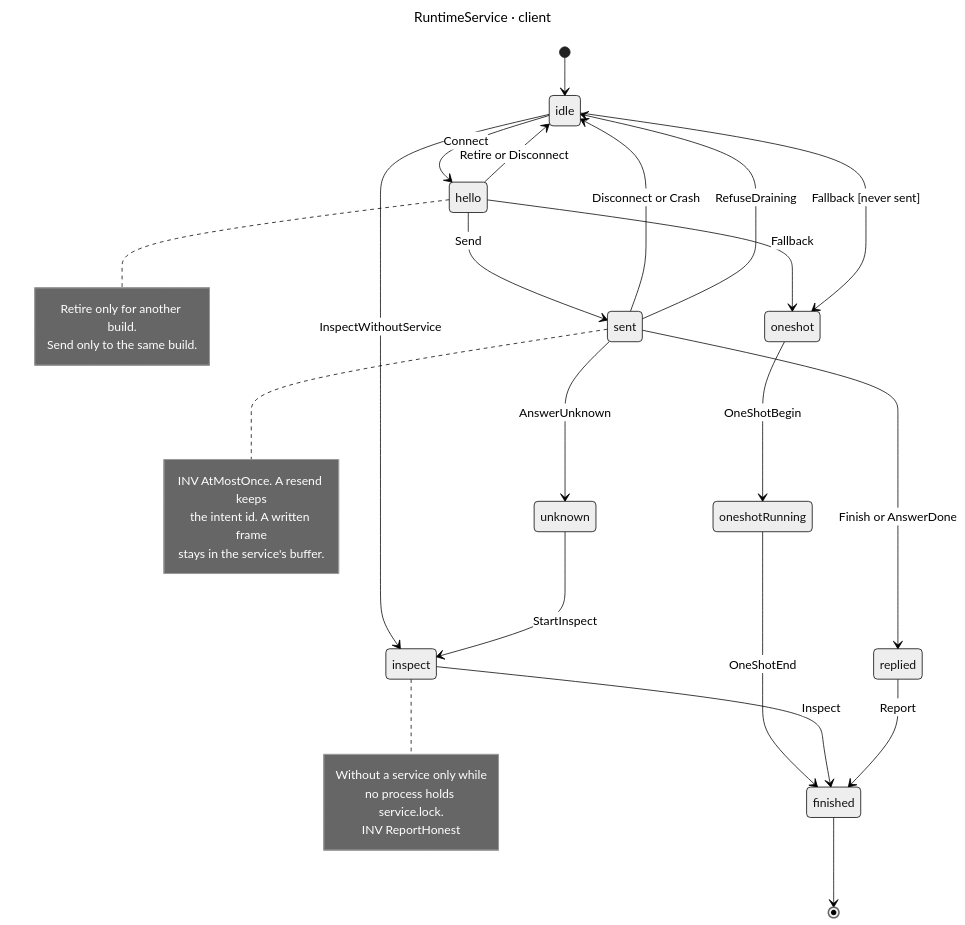
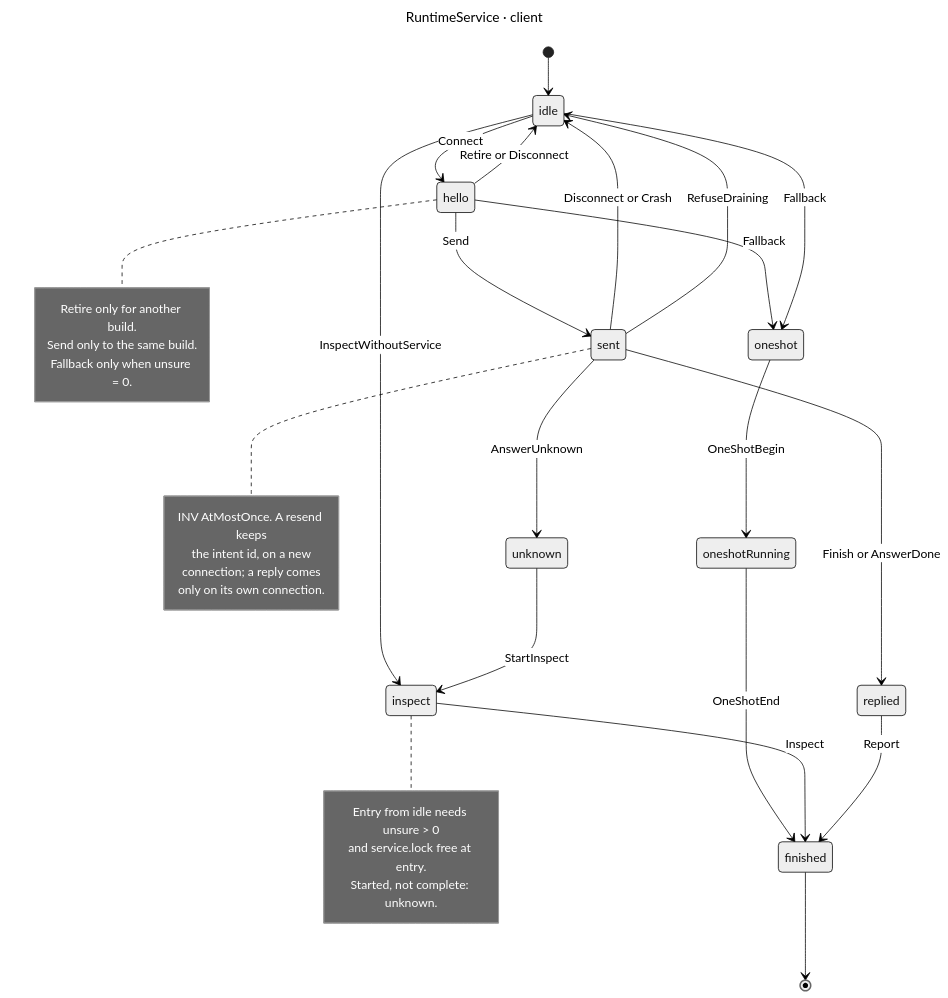
One commit to hack-dance/hack changed the diagram in docs/diagrams/runtime-service-client.mmd. Above: the diagram before and after it, drawn with Mermaid (neutral theme). The commit also changed 20 other files, not shown here.

First line of the commit message:
test(models): route runtime service replies by connection and inspect only observed effects

```diff
--- a/docs/diagrams/runtime-service-client.mmd
+++ b/docs/diagrams/runtime-service-client.mmd
@@ -1,40 +1,42 @@
 ---
 title: RuntimeService · client
 ---
 stateDiagram-v2
     direction TB
     [*] --> idle
     idle --> hello : Connect
     hello --> sent : Send
     hello --> idle : Retire or Disconnect
     hello --> oneshot : Fallback
     sent --> idle : Disconnect or Crash
     sent --> idle : RefuseDraining
     sent --> replied : Finish or AnswerDone
     sent --> unknown : AnswerUnknown
-    idle --> oneshot : Fallback [never sent]
+    idle --> oneshot : Fallback
     oneshot --> oneshotRunning : OneShotBegin
     oneshotRunning --> finished : OneShotEnd
     idle --> inspect : InspectWithoutService
     unknown --> inspect : StartInspect
     inspect --> finished : Inspect
     replied --> finished : Report
     finished --> [*]
     note right of hello
         Retire only for another build.
         Send only to the same build.
+        Fallback only when unsure = 0.
     end note
     note right of sent
         INV AtMostOnce. A resend keeps
-        the intent id. A written frame
-        stays in the service's buffer.
+        the intent id, on a new
+        connection; a reply comes
+        only on its own connection.
     end note
     note right of inspect
-        Without a service only while
-        no process holds service.lock.
-        INV ReportHonest
+        Entry from idle needs unsure > 0
+        and service.lock free at entry.
+        Started, not complete: unknown.
     end note
     class sent live
     class unknown wait
     class inspect wait
     class finished ok
```
